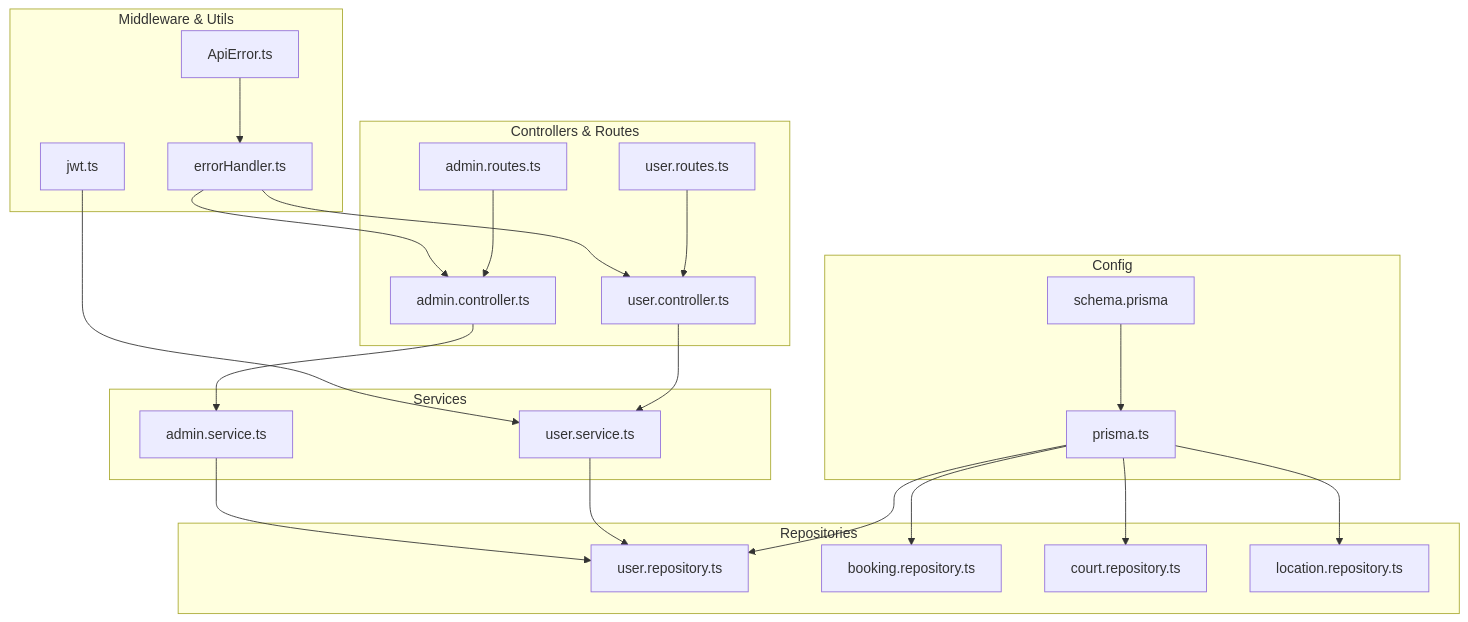
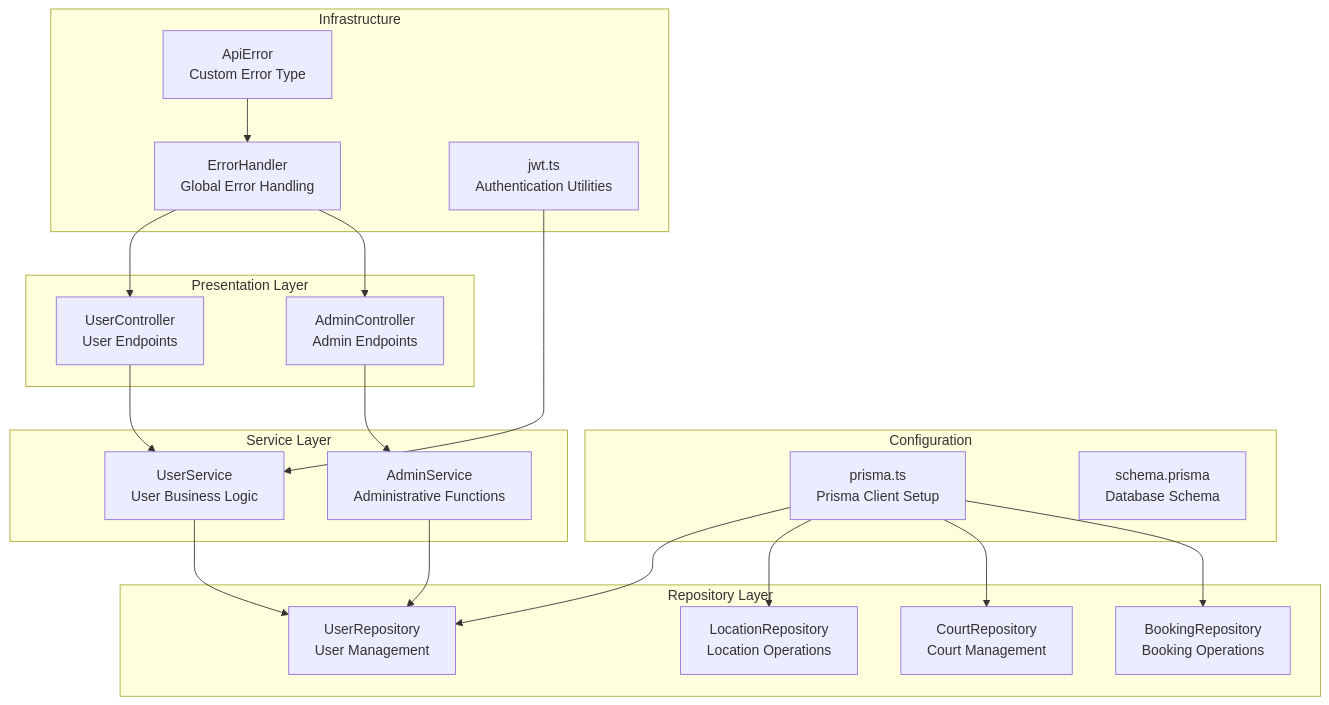
Before and after one commit to nguyencongtrung2001/Do-An: the first of 11 diagrams in .qoder/repowiki/en/content/Backend Architecture/Data Access Layer.md, drawn with Mermaid. The commit also changed other lines of this file and 12 other files, not shown here.

````diff
--- a/.qoder/repowiki/en/content/Backend Architecture/Data Access Layer.md
+++ b/.qoder/repowiki/en/content/Backend Architecture/Data Access Layer.md
@@ -45,43 +48,38 @@
 ```mermaid
 graph TB
-subgraph "Config"
-PRISMA["prisma.ts"]
-SCHEMA["schema.prisma"]
+subgraph "Configuration"
+PRISMA["prisma.ts<br/>Prisma Client Setup"]
+SCHEMA["schema.prisma<br/>Database Schema"]
 end
-subgraph "Repositories"
-URepo["user.repository.ts"]
-BRepo["booking.repository.ts"]
-CRepo["court.repository.ts"]
-LRepo["location.repository.ts"]
+subgraph "Repository Layer"
+USER_REPO["UserRepository<br/>User Management"]
+LOC_REPO["LocationRepository<br/>Location Operations"]
+COURT_REPO["CourtRepository<br/>Court Management"]
+BOOK_REPO["BookingRepository<br/>Booking Operations"]
 end
-subgraph "Services"
-USvc["user.service.ts"]
-ASvc["admin.service.ts"]
+subgraph "Service Layer"
+USER_SVC["UserService<br/>User Business Logic"]
+ADMIN_SVC["AdminService<br/>Administrative Functions"]
 end
-subgraph "Controllers & Routes"
-UCtrl["user.controller.ts"]
-ACtrl["admin.controller.ts"]
-URoutes["user.routes.ts"]
-ARoutes["admin.routes.ts"]
+subgraph "Presentation Layer"
+USER_CTRL["UserController<br/>User Endpoints"]
+ADMIN_CTRL["AdminController<br/>Admin Endpoints"]
 end
-subgraph "Middleware & Utils"
-Err["errorHandler.ts"]
-AErr["ApiError.ts"]
-JWT["jwt.ts"]
+subgraph "Infrastructure"
+ERROR_MW["ErrorHandler<br/>Global Error Handling"]
+API_ERROR["ApiError<br/>Custom Error Type"]
+JWT_UTIL["jwt.ts<br/>Authentication Utilities"]
 end
-SCHEMA --> PRISMA
-PRISMA --> URepo
-PRISMA --> BRepo
-PRISMA --> CRepo
-PRISMA --> LRepo
-USvc --> URepo
-ASvc --> URepo
-UCtrl --> USvc
-ACtrl --> ASvc
-URoutes --> UCtrl
-ARoutes --> ACtrl
-Err --> UCtrl
-Err --> ACtrl
-AErr --> Err
-JWT --> USvc
+PRISMA --> USER_REPO
+PRISMA --> LOC_REPO
+PRISMA --> COURT_REPO
+PRISMA --> BOOK_REPO
+USER_SVC --> USER_REPO
+ADMIN_SVC --> USER_REPO
+USER_CTRL --> USER_SVC
+ADMIN_CTRL --> ADMIN_SVC
+ERROR_MW --> USER_CTRL
+ERROR_MW --> ADMIN_CTRL
+API_ERROR --> ERROR_MW
+JWT_UTIL --> USER_SVC
 ```
````
